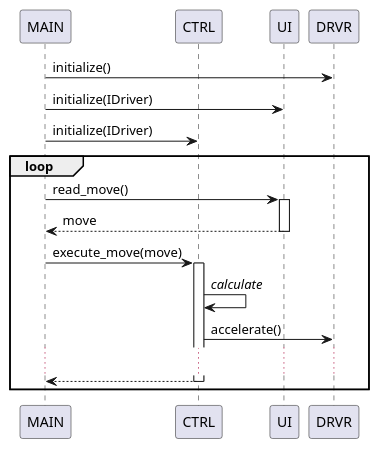
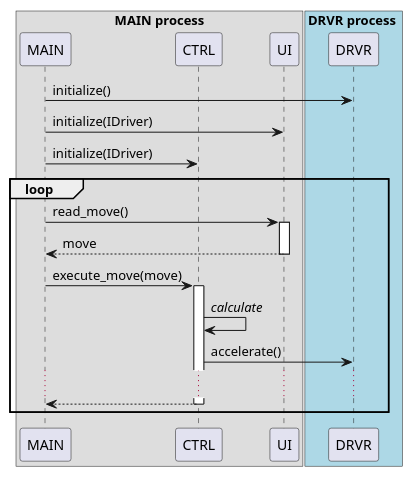
One commit to ivanovkirilg/linebot changed the second of 2 diagrams in docs/architecture.md. Above: the diagram before and after it, drawn with PlantUML. The commit also changed other lines of this file, not shown here.

Commit message:
docs: Add processes to seq. diagram

````diff
--- a/docs/architecture.md
+++ b/docs/architecture.md
@@ -77,21 +77,25 @@
 ```plantuml
-participant MAIN
-participant CTRL
-participant UI
-participant DRVR
+box MAIN process
+  participant MAIN
+  participant CTRL
+  participant UI
+end box
+box DRVR process #lightblue
+  participant DRVR
+end box
 
 MAIN -> DRVR: initialize()
 MAIN -> UI: initialize(IDriver)
 MAIN -> CTRL: initialize(IDriver)
 
 loop
   MAIN -> UI++: read_move()
   return move
 
   MAIN -> CTRL++: execute_move(move)
     CTRL -> CTRL: //calculate//
     CTRL -> DRVR: accelerate()
     ...
   return
 end loop
 ```
````
